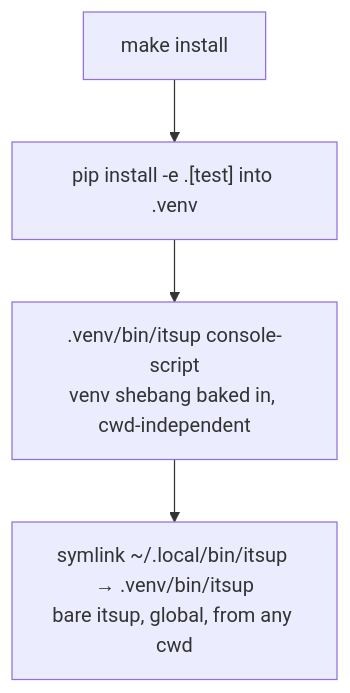
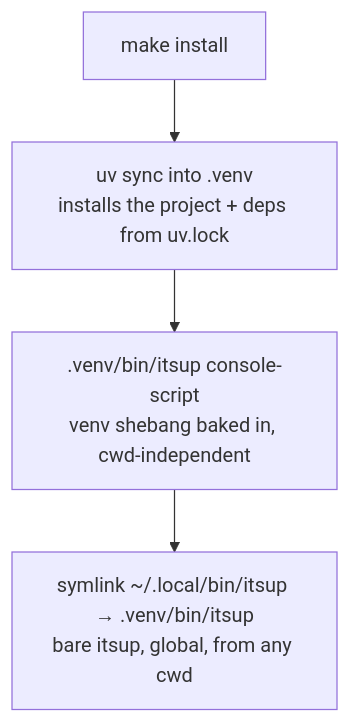
One commit to Morriz/itsUP changed the diagram in docs/project/design/itsup-cli.md. Above: the diagram before and after it, drawn with Mermaid. The commit also changed other lines of this file and 20 other files, not shown here.

````diff
--- a/docs/project/design/itsup-cli.md
+++ b/docs/project/design/itsup-cli.md
@@ -96,6 +97,6 @@
 ```mermaid
 flowchart TD
-    A[make install] --> B["pip install -e .[test] into .venv"]
+    A[make install] --> B["uv sync into .venv<br/>installs the project + deps from uv.lock"]
     B --> C[.venv/bin/itsup console-script<br/>venv shebang baked in, cwd-independent]
     C --> D["symlink ~/.local/bin/itsup → .venv/bin/itsup<br/>bare itsup, global, from any cwd"]
 ```
````
